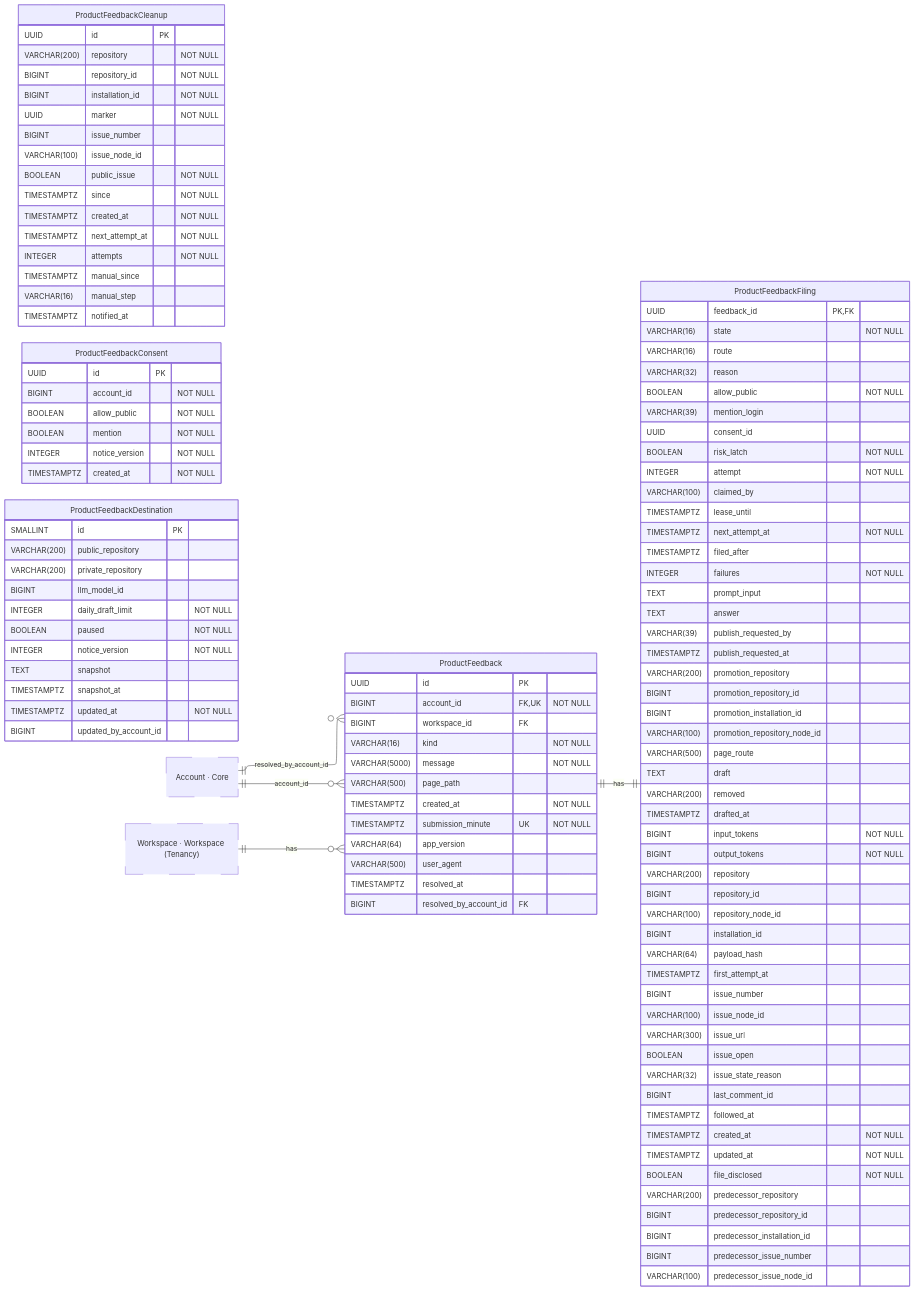
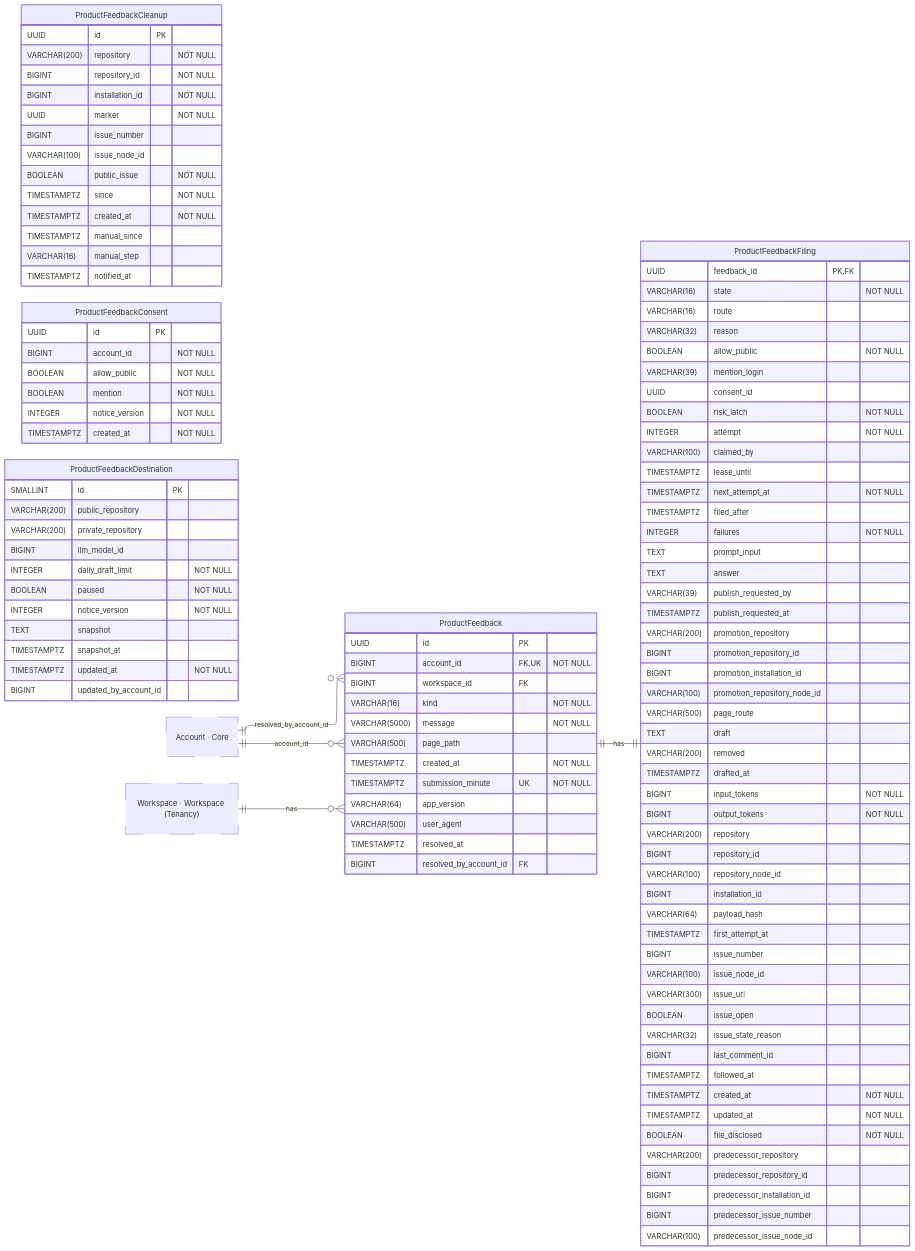
The diagram in docs/contributor/erd/productfeedback.mmd (hephaestus-build/Hephaestus), drawn with Mermaid before and after one commit. The commit also changed 13 other files, not shown here.

```diff
--- a/docs/contributor/erd/productfeedback.mmd
+++ b/docs/contributor/erd/productfeedback.mmd
@@ -1,139 +1,137 @@
 ---
 config:
     layout: elk
 ---
 erDiagram
     %% Generated automatically from PostgreSQL database schema
     %% using scripts/generate-mermaid-erd.ts
     %% To regenerate: vp run db:generate-erd-docs
 
     direction LR
 
     ProductFeedback {
         UUID id PK
         BIGINT account_id FK,UK "NOT NULL"
         BIGINT workspace_id FK
         VARCHAR(16) kind "NOT NULL"
         VARCHAR(5000) message "NOT NULL"
         VARCHAR(500) page_path
         TIMESTAMPTZ created_at "NOT NULL"
         TIMESTAMPTZ submission_minute UK "NOT NULL"
         VARCHAR(64) app_version
         VARCHAR(500) user_agent
         TIMESTAMPTZ resolved_at
         BIGINT resolved_by_account_id FK
     }
 
     ProductFeedbackCleanup {
         UUID id PK
         VARCHAR(200) repository "NOT NULL"
         BIGINT repository_id "NOT NULL"
         BIGINT installation_id "NOT NULL"
         UUID marker "NOT NULL"
         BIGINT issue_number
         VARCHAR(100) issue_node_id
         BOOLEAN public_issue "NOT NULL"
         TIMESTAMPTZ since "NOT NULL"
         TIMESTAMPTZ created_at "NOT NULL"
-        TIMESTAMPTZ next_attempt_at "NOT NULL"
-        INTEGER attempts "NOT NULL"
         TIMESTAMPTZ manual_since
         VARCHAR(16) manual_step
         TIMESTAMPTZ notified_at
     }
 
     ProductFeedbackConsent {
         UUID id PK
         BIGINT account_id "NOT NULL"
         BOOLEAN allow_public "NOT NULL"
         BOOLEAN mention "NOT NULL"
         INTEGER notice_version "NOT NULL"
         TIMESTAMPTZ created_at "NOT NULL"
     }
 
     ProductFeedbackDestination {
         SMALLINT id PK
         VARCHAR(200) public_repository
         VARCHAR(200) private_repository
         BIGINT llm_model_id
         INTEGER daily_draft_limit "NOT NULL"
         BOOLEAN paused "NOT NULL"
         INTEGER notice_version "NOT NULL"
         TEXT snapshot
         TIMESTAMPTZ snapshot_at
         TIMESTAMPTZ updated_at "NOT NULL"
         BIGINT updated_by_account_id
     }
 
     ProductFeedbackFiling {
         UUID feedback_id PK,FK
         VARCHAR(16) state "NOT NULL"
         VARCHAR(16) route
         VARCHAR(32) reason
         BOOLEAN allow_public "NOT NULL"
         VARCHAR(39) mention_login
         UUID consent_id
         BOOLEAN risk_latch "NOT NULL"
         INTEGER attempt "NOT NULL"
         VARCHAR(100) claimed_by
         TIMESTAMPTZ lease_until
         TIMESTAMPTZ next_attempt_at "NOT NULL"
         TIMESTAMPTZ filed_after
         INTEGER failures "NOT NULL"
         TEXT prompt_input
         TEXT answer
         VARCHAR(39) publish_requested_by
         TIMESTAMPTZ publish_requested_at
         VARCHAR(200) promotion_repository
         BIGINT promotion_repository_id
         BIGINT promotion_installation_id
         VARCHAR(100) promotion_repository_node_id
         VARCHAR(500) page_route
         TEXT draft
         VARCHAR(200) removed
         TIMESTAMPTZ drafted_at
         BIGINT input_tokens "NOT NULL"
         BIGINT output_tokens "NOT NULL"
         VARCHAR(200) repository
         BIGINT repository_id
         VARCHAR(100) repository_node_id
         BIGINT installation_id
         VARCHAR(64) payload_hash
         TIMESTAMPTZ first_attempt_at
         BIGINT issue_number
         VARCHAR(100) issue_node_id
         VARCHAR(300) issue_url
         BOOLEAN issue_open
         VARCHAR(32) issue_state_reason
         BIGINT last_comment_id
         TIMESTAMPTZ followed_at
         TIMESTAMPTZ created_at "NOT NULL"
         TIMESTAMPTZ updated_at "NOT NULL"
         BOOLEAN file_disclosed "NOT NULL"
         VARCHAR(200) predecessor_repository
         BIGINT predecessor_repository_id
         BIGINT predecessor_installation_id
         BIGINT predecessor_issue_number
         VARCHAR(100) predecessor_issue_node_id
     }
 
     Account["Account · Core"]
     Workspace["Workspace · Workspace (Tenancy)"]
 
     %% Relationships
     %% One-to-One relationships
     ProductFeedback ||--|| ProductFeedbackFiling : has
 
     %% One-to-Many relationships
     Account ||--o{ ProductFeedback : account_id
     Account ||--o{ ProductFeedback : resolved_by_account_id
     Workspace ||--o{ ProductFeedback : has
 
     %% Styling
     classDef primaryEntity stroke:#0288d1,stroke-width:2px
     classDef associationEntity stroke:#8e24aa,stroke-width:2px
     classDef metadataEntity stroke:#43a047,stroke-width:2px
     classDef referenceEntity stroke-dasharray:5 5
 
     class Account referenceEntity
     class Workspace referenceEntity
```
